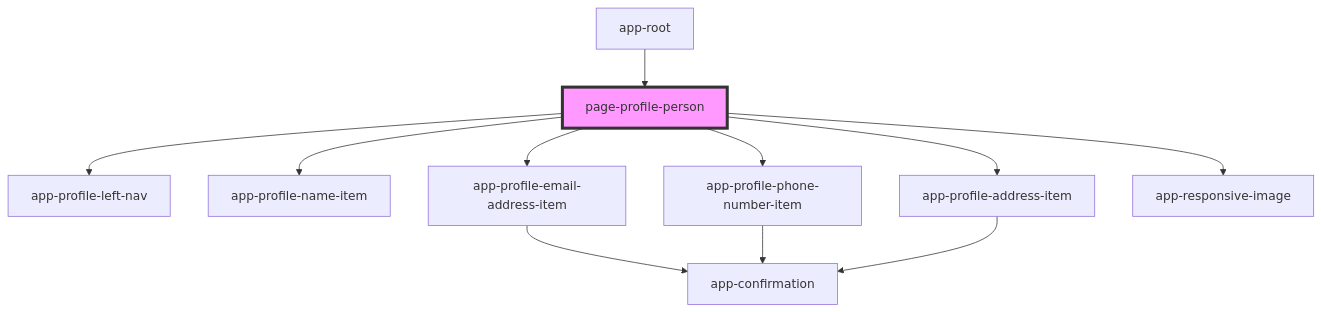
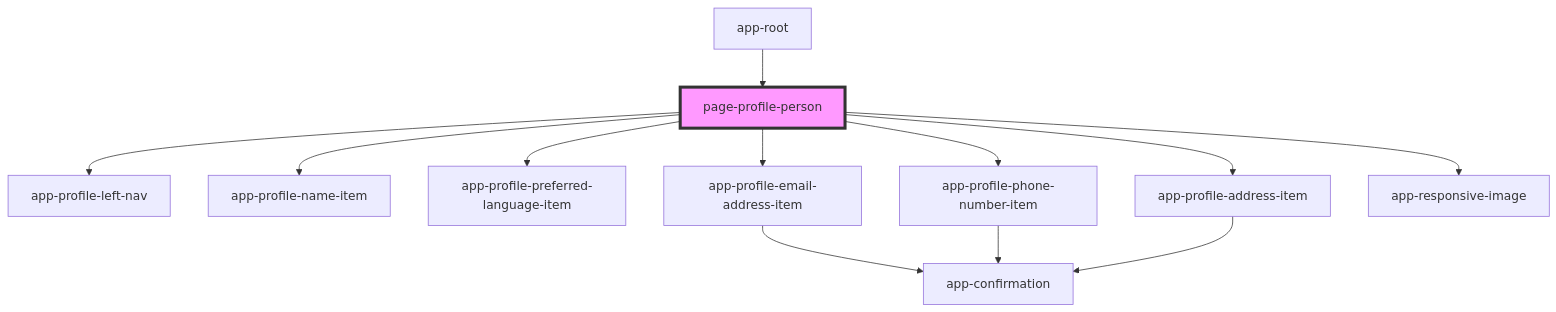
Before and after one commit to lokheed/IconEventNetwork.Web: the diagram in iconeventnetwork-web/src/components/pages/page-profile-person/readme.md, drawn with Mermaid. The commit also changed other lines of this file and 4 other files, not shown here.

````diff
--- a/iconeventnetwork-web/src/components/pages/page-profile-person/readme.md
+++ b/iconeventnetwork-web/src/components/pages/page-profile-person/readme.md
@@ -24,14 +25,15 @@
 ```mermaid
 graph TD;
   page-profile-person --> app-profile-left-nav
   page-profile-person --> app-profile-name-item
+  page-profile-person --> app-profile-preferred-language-item
   page-profile-person --> app-profile-email-address-item
   page-profile-person --> app-profile-phone-number-item
   page-profile-person --> app-profile-address-item
   page-profile-person --> app-responsive-image
   app-profile-email-address-item --> app-confirmation
   app-profile-phone-number-item --> app-confirmation
   app-profile-address-item --> app-confirmation
   app-root --> page-profile-person
   style page-profile-person fill:#f9f,stroke:#333,stroke-width:4px
 ```
````
